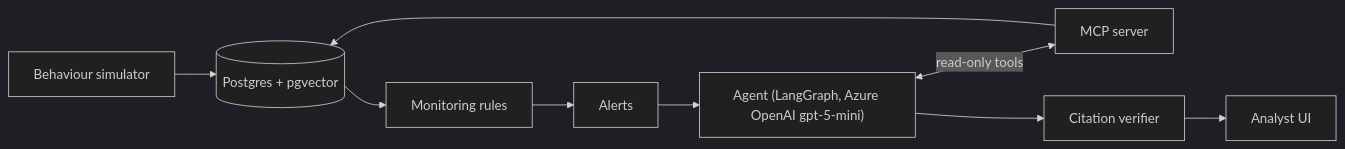
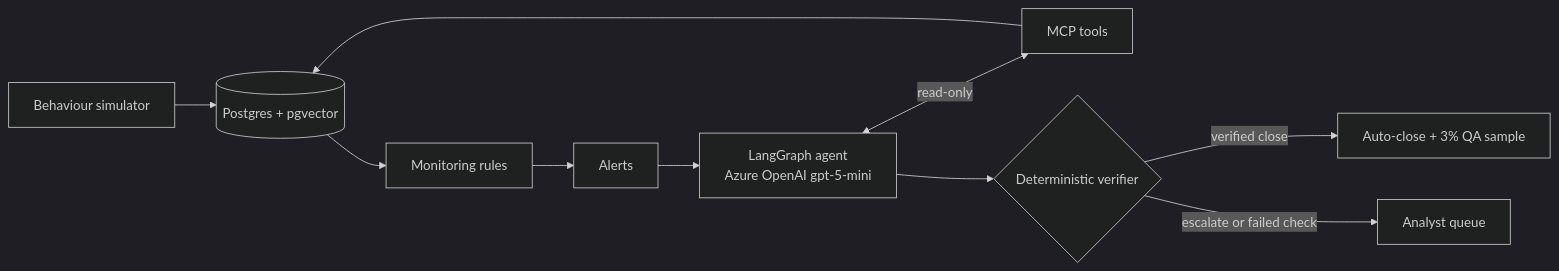
Before and after one commit to InYanInIn/aml-alert-investigator: the first of 2 diagrams in README.md, drawn with Mermaid (dark theme). The commit also changed other lines of this file and 5 other files, not shown here.

Commit message:
M11: portfolio README with screenshots, charts and diagrams

````diff
--- a/README.md
+++ b/README.md
@@ -53,11 +63,12 @@
 ```mermaid
 flowchart LR
     SIM[Behaviour simulator] --> DB[(Postgres + pgvector)]
     DB --> RULES[Monitoring rules]
     RULES --> ALERTS[Alerts]
-    ALERTS --> AGENT["Agent (LangGraph, Azure OpenAI gpt-5-mini)"]
-    AGENT <-->|read-only tools| MCP[MCP server]
+    ALERTS --> AGENT["LangGraph agent<br/>Azure OpenAI gpt-5-mini"]
+    AGENT <-->|read-only| MCP[MCP tools]
     MCP --> DB
-    AGENT --> VER[Citation verifier]
-    VER --> UI[Analyst UI]
+    AGENT --> VER{Deterministic verifier}
+    VER -->|verified close| AUTO[Auto-close + 3% QA sample]
+    VER -->|escalate or failed check| QUEUE[Analyst queue]
 ```
````
